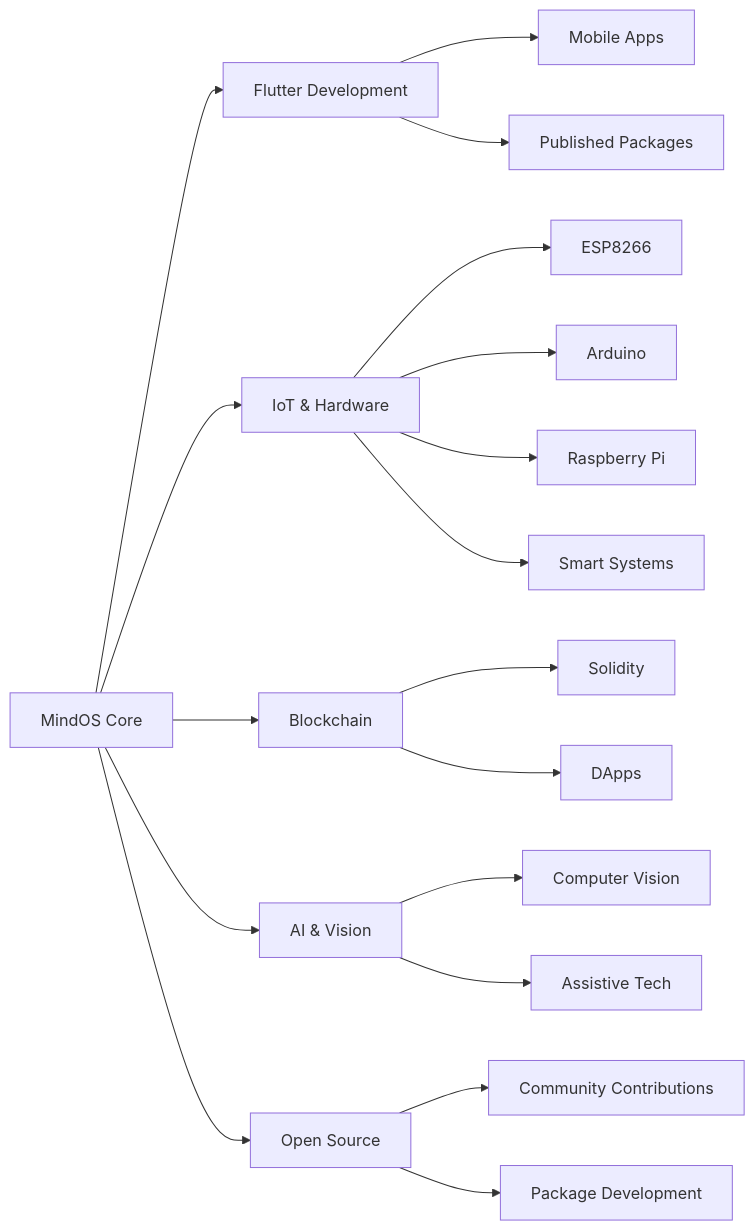
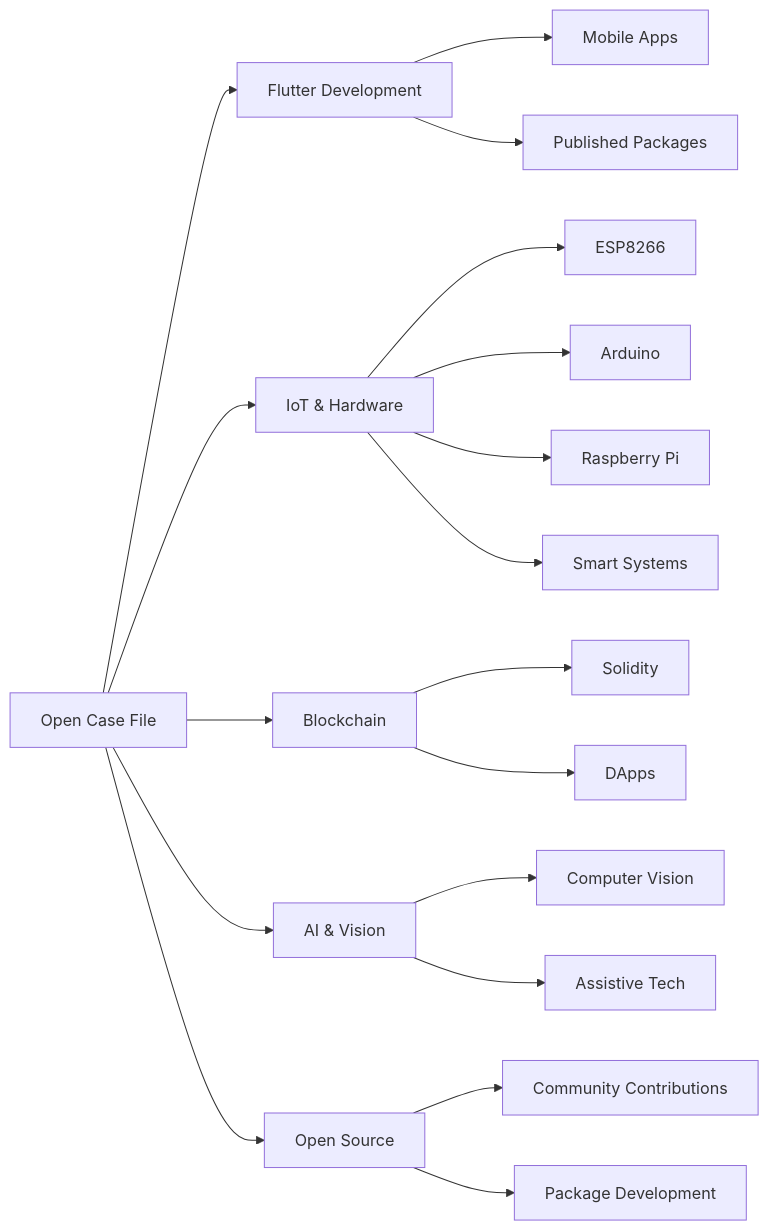
One commit to SatishParmar1/SatishParmar1 changed the diagram in README.md. Above: the diagram before and after it, drawn with Mermaid. The commit also changed other lines of this file, not shown here.

````diff
--- a/README.md
+++ b/README.md
@@ -210,25 +173,25 @@
 ```mermaid
 graph LR
-    A[MindOS Core] --> B[Flutter Development]
+    A[Open Case File] --> B[Flutter Development]
     A --> C[IoT & Hardware]
     A --> D[Blockchain]
     A --> E[AI & Vision]
     A --> F[Open Source]
 
     B --> B1[Mobile Apps]
     B --> B2[Published Packages]
 
     C --> C1[ESP8266]
     C --> C2[Arduino]
     C --> C3[Raspberry Pi]
     C --> C4[Smart Systems]
 
     D --> D1[Solidity]
     D --> D2[DApps]
 
     E --> E1[Computer Vision]
     E --> E2[Assistive Tech]
 
     F --> F1[Community Contributions]
     F --> F2[Package Development]
 ```
````
